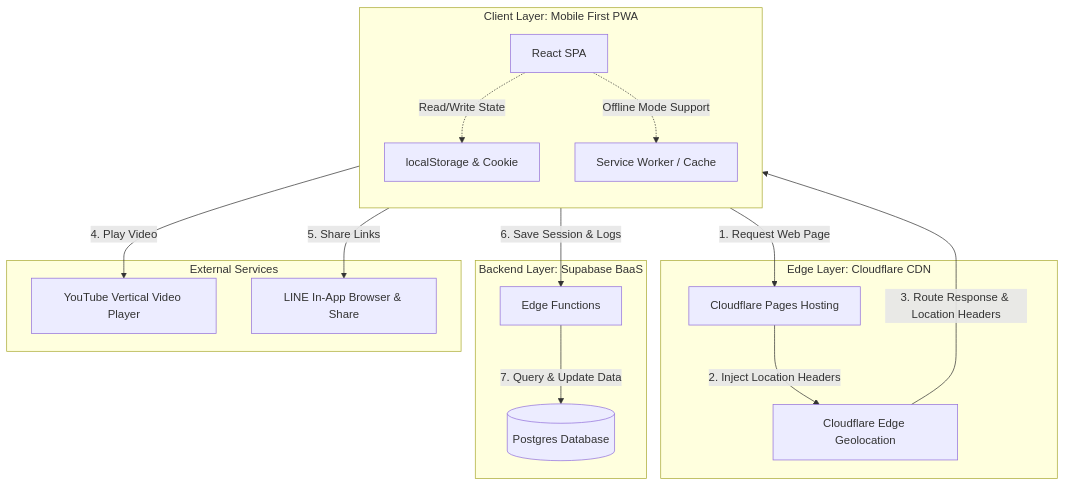
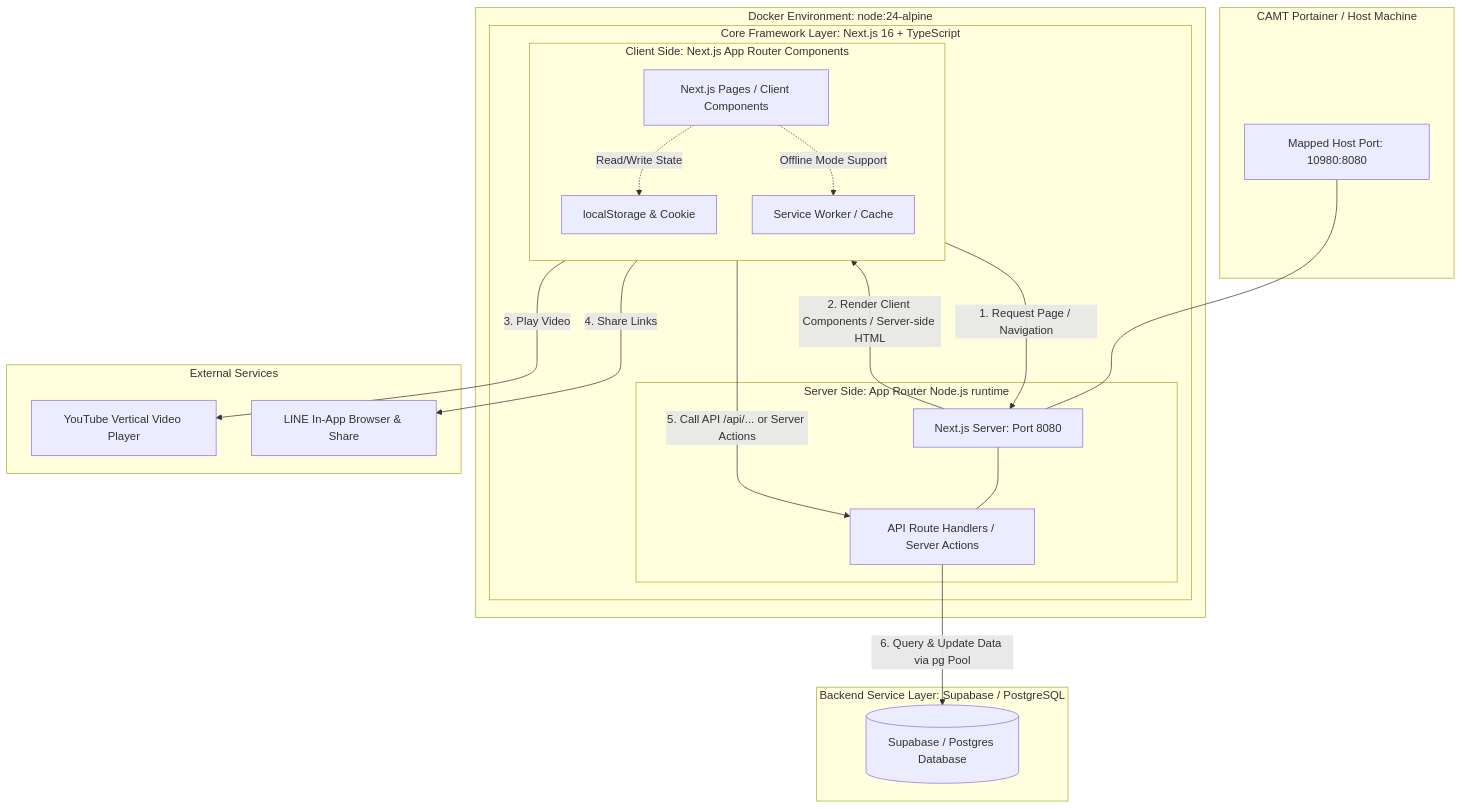
One commit to ChayutChanmueang/media-literacy-preview changed the first of 4 diagrams in docs/software/02-architecture.md. Above: the diagram before and after it, drawn with Mermaid. The commit also changed other lines of this file and 616 other files, not shown here.

````diff
--- a/docs/software/02-architecture.md
+++ b/docs/software/02-architecture.md
@@ -13,34 +15,42 @@
 ```mermaid
 flowchart TD
-    subgraph ClientLayer [Client Layer: Mobile First PWA]
-        direction TB
-        SPA[React SPA]
-        SW[Service Worker / Cache]
-        LS[localStorage & Cookie]
+    subgraph Container ["Docker Environment: node:24-alpine"]
+        subgraph NextJS ["Core Framework Layer: Next.js 16 + TypeScript"]
+            subgraph ClientLayer ["Client Side: Next.js App Router Components"]
+                direction TB
+                SPA["Next.js Pages / Client Components"]
+                SW["Service Worker / Cache"]
+                LS["localStorage & Cookie"]
+            end
+
+            subgraph ServerLayer ["Server Side: App Router Node.js runtime"]
+                SRV["Next.js Server: Port 8080"]
+                API["API Route Handlers / Server Actions"]
+                SRV --- API
+            end
+        end
     end
 
-    subgraph EdgeLayer [Edge Layer: Cloudflare CDN]
-        CFP[Cloudflare Pages Hosting]
-        CFG[Cloudflare Edge Geolocation]
+    subgraph PortainerHost ["CAMT Portainer / Host Machine"]
+        HOST_PORT["Mapped Host Port: 10980:8080"]
+        HOST_PORT --- SRV
     end
 
-    subgraph BackendLayer [Backend Layer: Supabase BaaS]
-        EF[Edge Functions]
-        DB[(Postgres Database)]
+    subgraph DatabaseLayer ["Backend Service Layer: Supabase / PostgreSQL"]
+        DB[("Supabase / Postgres Database")]
     end
 
-    subgraph External [External Services]
-        YT[YouTube Vertical Video Player]
-        LN[LINE In-App Browser & Share]
+    subgraph External ["External Services"]
+        YT["YouTube Vertical Video Player"]
+        LN["LINE In-App Browser & Share"]
     end
 
-    SPA -->|1. Request Web Page| CFP
-    CFP -->|2. Inject Location Headers| CFG
-    CFG -->|3. Route Response & Location Headers| SPA
-    SPA -->|4. Play Video| YT
-    SPA -->|5. Share Links| LN
-    SPA -->|6. Save Session & Logs| EF
-    EF -->|7. Query & Update Data| DB
+    SPA -->|1. Request Page / Navigation| SRV
+    SRV -->|2. Render Client Components / Server-side HTML| SPA
+    SPA -->|3. Play Video| YT
+    SPA -->|4. Share Links| LN
+    SPA -->|5. Call API /api/... or Server Actions| API
+    API -->|6. Query & Update Data via pg Pool| DB
     SPA -.->|Read/Write State| LS
     SPA -.->|Offline Mode Support| SW
 ```
````
